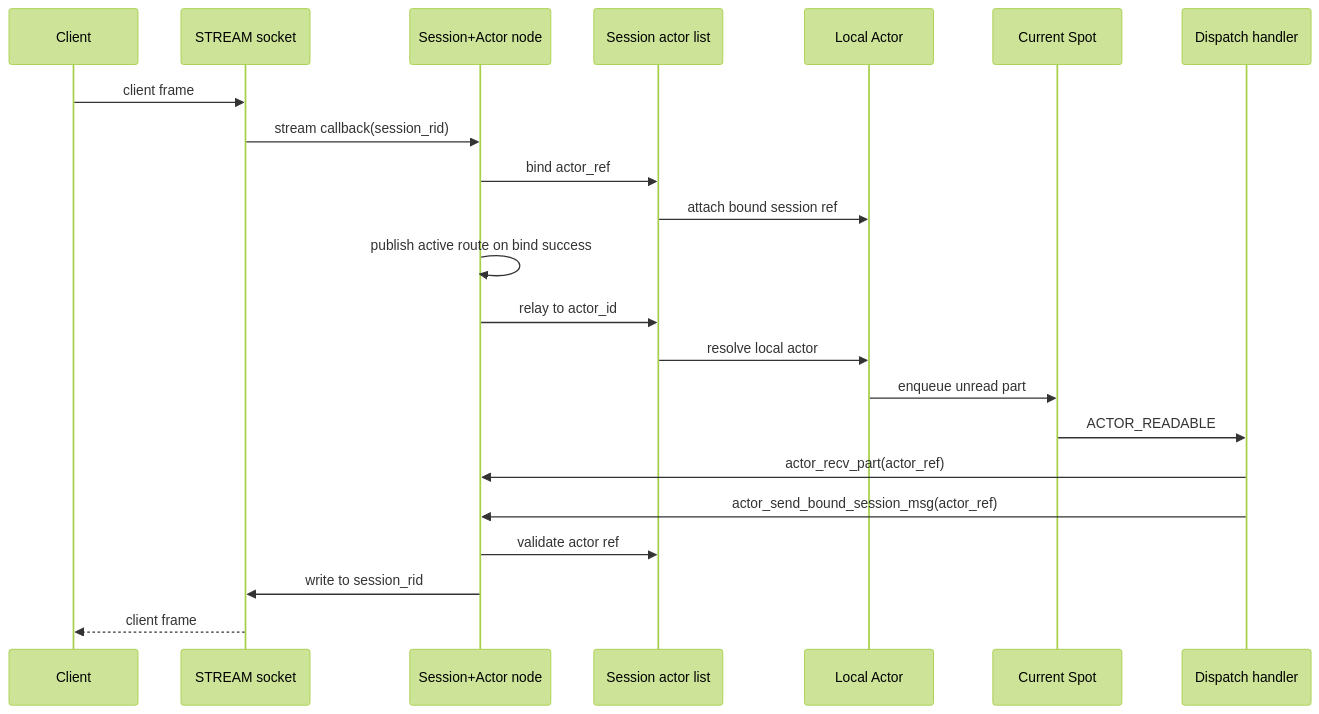
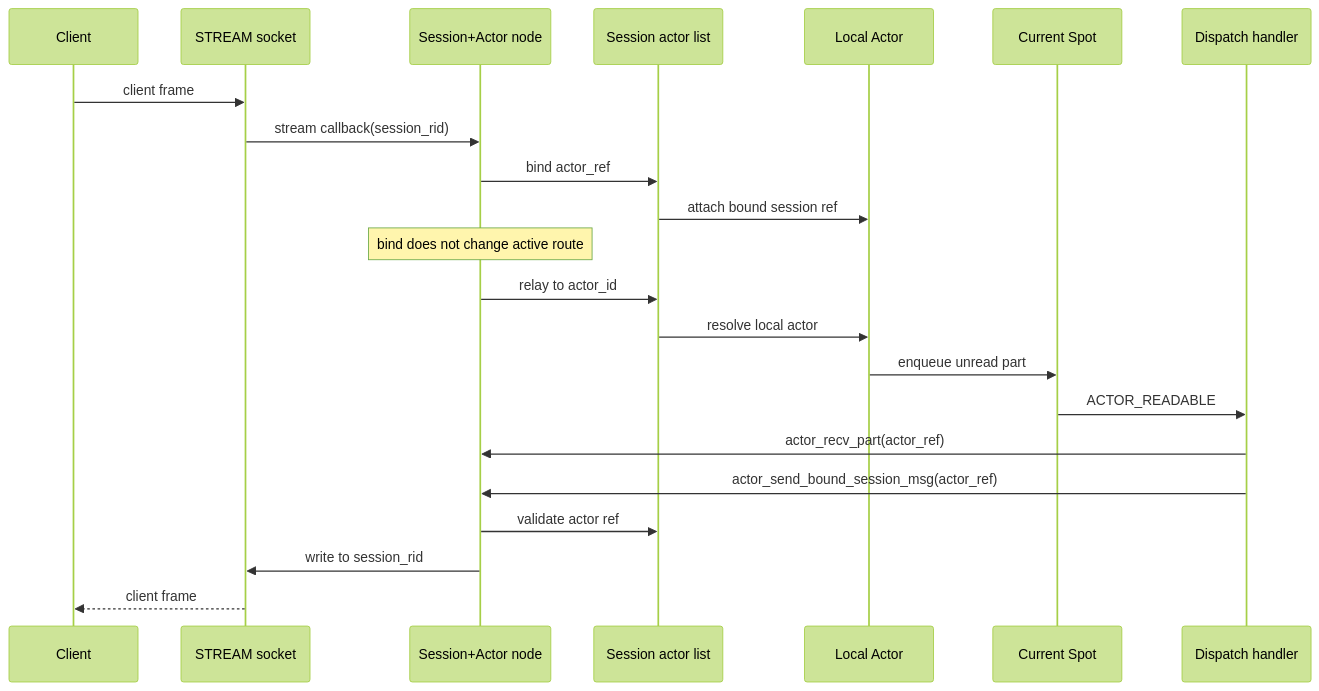
One commit to kairos-code-dev/zlink changed the ninth of 12 diagrams in doc/site/docs/internals/spot-internals.ko.md. Above: the diagram before and after it, drawn with Mermaid (forest theme). The commit also changed other lines of this file and 393 other files, not shown here.

````diff
--- a/doc/site/docs/internals/spot-internals.ko.md
+++ b/doc/site/docs/internals/spot-internals.ko.md
@@ -637,27 +750,27 @@
 ```mermaid
 sequenceDiagram
   participant Client
   participant Stream as STREAM socket
   participant Node as Session+Actor node
   participant List as Session actor list
   participant ActorObj as Local Actor
   participant Spot as Current Spot
   participant Handler as Dispatch handler
 
   Client->>Stream: client frame
   Stream->>Node: stream callback(session_rid)
   Node->>List: bind actor_ref
   List->>ActorObj: attach bound session ref
-  Node->>Node: publish active route on bind success
+  Note over Node: bind does not change active route
 
   Node->>List: relay to actor_id
   List->>ActorObj: resolve local actor
   ActorObj->>Spot: enqueue unread part
   Spot->>Handler: ACTOR_READABLE
   Handler->>Node: actor_recv_part(actor_ref)
 
   Handler->>Node: actor_send_bound_session_msg(actor_ref)
   Node->>List: validate actor ref
   Node->>Stream: write to session_rid
   Stream-->>Client: client frame
 ```
````
